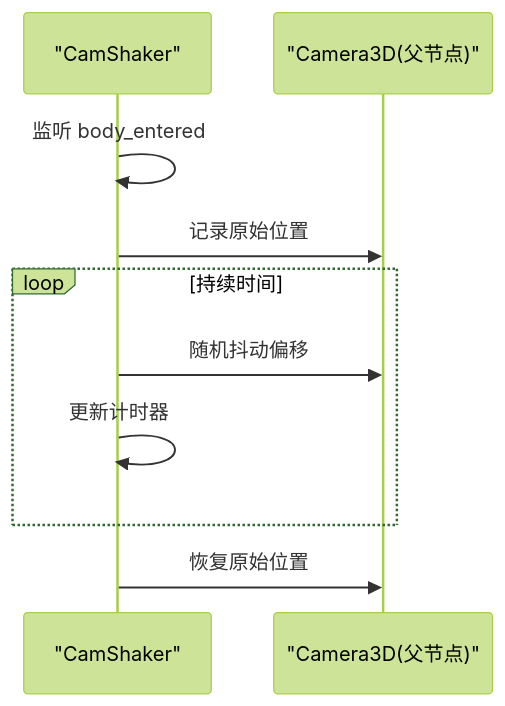
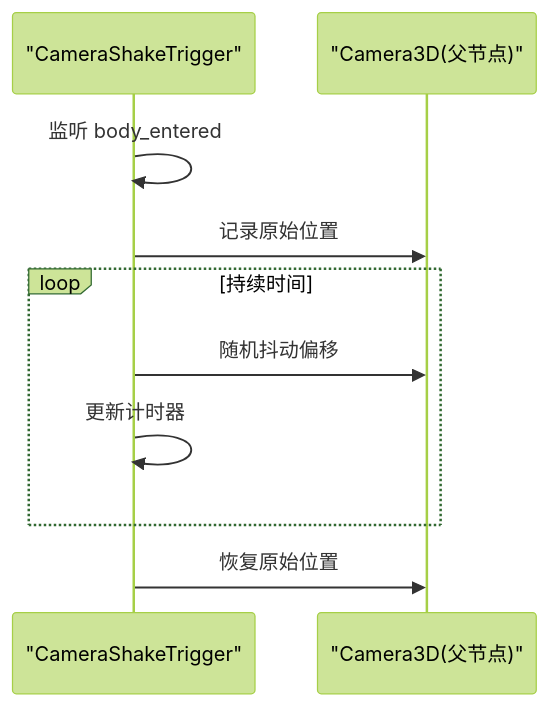
The sixth of 12 diagrams in .qoder/repowiki/zh/content/游戏系统/相机系统/相机跟随系统.md (godotline/godot-line), drawn with Mermaid (forest theme) before and after one commit. The commit also changed other lines of this file and 55 other files, not shown here.

````diff
--- a/.qoder/repowiki/zh/content/游戏系统/相机系统/相机跟随系统.md
+++ b/.qoder/repowiki/zh/content/游戏系统/相机系统/相机跟随系统.md
@@ -275,12 +276,12 @@
 ```mermaid
 sequenceDiagram
-participant CS as "CamShaker"
+participant CSH as "CameraShakeTrigger"
 participant CAM as "Camera3D(父节点)"
-CS->>CS : 监听 body_entered
-CS->>CAM : 记录原始位置
+CSH->>CSH : 监听 body_entered
+CSH->>CAM : 记录原始位置
 loop 持续时间
-CS->>CAM : 随机抖动偏移
-CS->>CS : 更新计时器
+CSH->>CAM : 随机抖动偏移
+CSH->>CSH : 更新计时器
 end
-CS->>CAM : 恢复原始位置
+CSH->>CAM : 恢复原始位置
 ```
````
